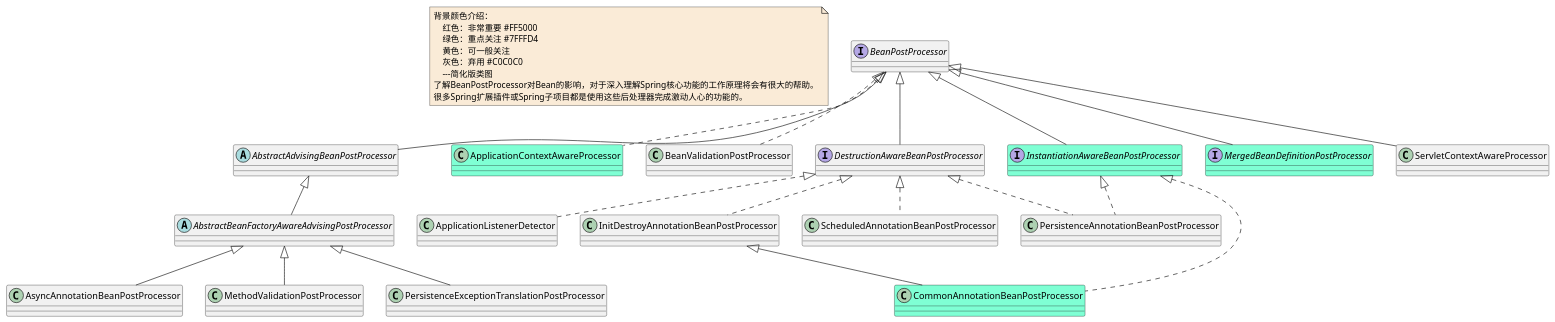
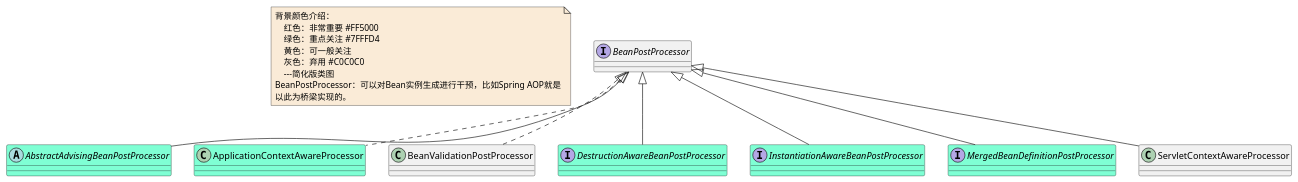
Before and after one commit to czwer/learn-spring-code: the diagram in document/spring/base/class/Bean-BeanPostProcessor-0-class.puml, drawn with PlantUML. The commit also changed 26 other files, not shown here.

```diff
--- a/document/spring/base/class/Bean-BeanPostProcessor-0-class.puml
+++ b/document/spring/base/class/Bean-BeanPostProcessor-0-class.puml
@@ -1,63 +1,34 @@
 @startuml
 
 note  as N1 #FAEBD7
     背景颜色介绍：
         红色：非常重要 #FF5000
         绿色：重点关注 #7FFFD4
         黄色：可一般关注
         灰色：弃用 #C0C0C0
         ---简化版类图
-    了解BeanPostProcessor对Bean的影响，对于深入理解Spring核心功能的工作原理将会有很大的帮助。
-    很多Spring扩展插件或Spring子项目都是使用这些后处理器完成激动人心的功能的。
+    BeanPostProcessor：可以对Bean实例生成进行干预，比如Spring AOP就是
+    以此为桥梁实现的。
 end note
 
 interface BeanPostProcessor
-abstract class AbstractAdvisingBeanPostProcessor
-abstract class AbstractBeanFactoryAwareAdvisingPostProcessor
+abstract class AbstractAdvisingBeanPostProcessor #7FFFD4
 class ApplicationContextAwareProcessor #7FFFD4
-class ApplicationListenerDetector
-class AsyncAnnotationBeanPostProcessor
 class BeanValidationPostProcessor
-class CommonAnnotationBeanPostProcessor #7FFFD4
-interface DestructionAwareBeanPostProcessor
-class InitDestroyAnnotationBeanPostProcessor
+interface DestructionAwareBeanPostProcessor #7FFFD4
 interface InstantiationAwareBeanPostProcessor  #7FFFD4
 interface MergedBeanDefinitionPostProcessor #7FFFD4
-class MethodValidationPostProcessor
-class PersistenceAnnotationBeanPostProcessor
-class PersistenceExceptionTranslationPostProcessor
-class ScheduledAnnotationBeanPostProcessor
 class ServletContextAwareProcessor
-
-
-
-AbstractAdvisingBeanPostProcessor <|-- AbstractBeanFactoryAwareAdvisingPostProcessor
-
-AbstractBeanFactoryAwareAdvisingPostProcessor <|-- AsyncAnnotationBeanPostProcessor
-AbstractBeanFactoryAwareAdvisingPostProcessor <|-- MethodValidationPostProcessor
-AbstractBeanFactoryAwareAdvisingPostProcessor <|-- PersistenceExceptionTranslationPostProcessor
-
 
 
 BeanPostProcessor <|-- AbstractAdvisingBeanPostProcessor
 BeanPostProcessor <|.. ApplicationContextAwareProcessor
 BeanPostProcessor <|.. BeanValidationPostProcessor
 BeanPostProcessor <|-- DestructionAwareBeanPostProcessor
 BeanPostProcessor <|-- InstantiationAwareBeanPostProcessor
 BeanPostProcessor <|-- MergedBeanDefinitionPostProcessor
 BeanPostProcessor <|-- ServletContextAwareProcessor
 
 
 
-DestructionAwareBeanPostProcessor <|.. ApplicationListenerDetector
-DestructionAwareBeanPostProcessor <|.. InitDestroyAnnotationBeanPostProcessor
-DestructionAwareBeanPostProcessor <|.. PersistenceAnnotationBeanPostProcessor
-DestructionAwareBeanPostProcessor <|.. ScheduledAnnotationBeanPostProcessor
-
-InitDestroyAnnotationBeanPostProcessor <|-- CommonAnnotationBeanPostProcessor
-
-InstantiationAwareBeanPostProcessor <|.. CommonAnnotationBeanPostProcessor
-InstantiationAwareBeanPostProcessor <|.. PersistenceAnnotationBeanPostProcessor
-
-
 @enduml
```
